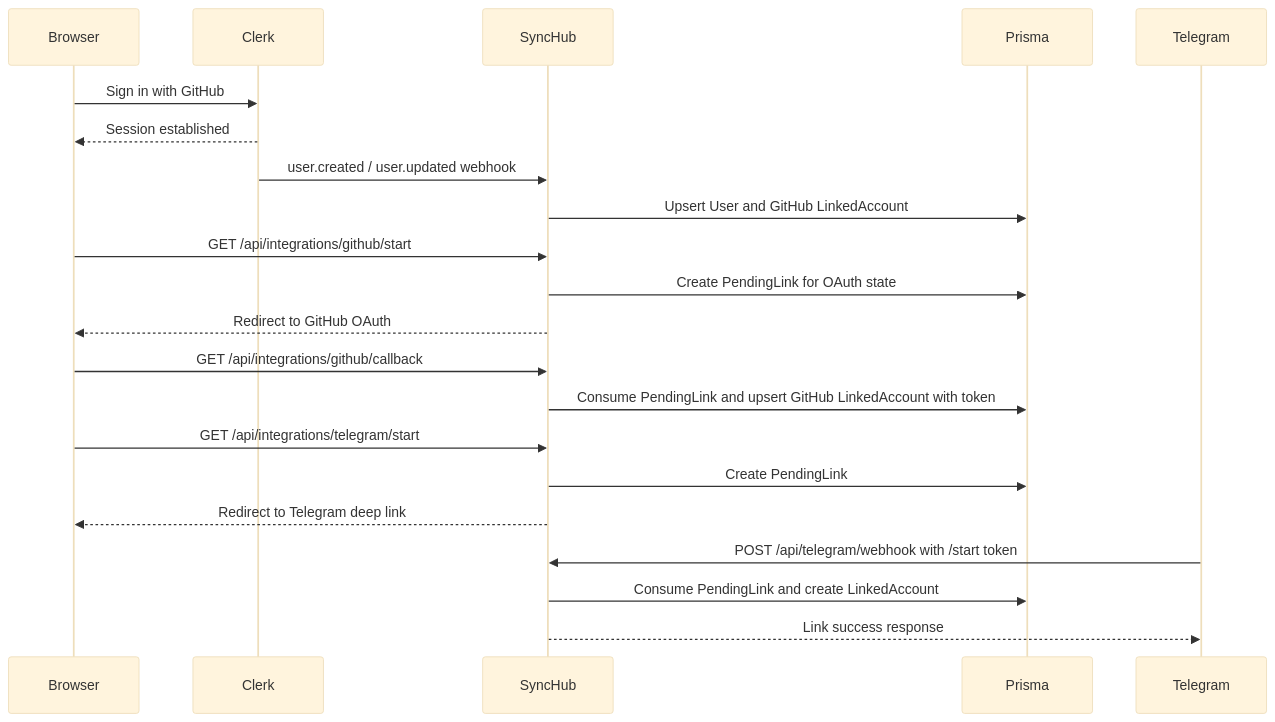
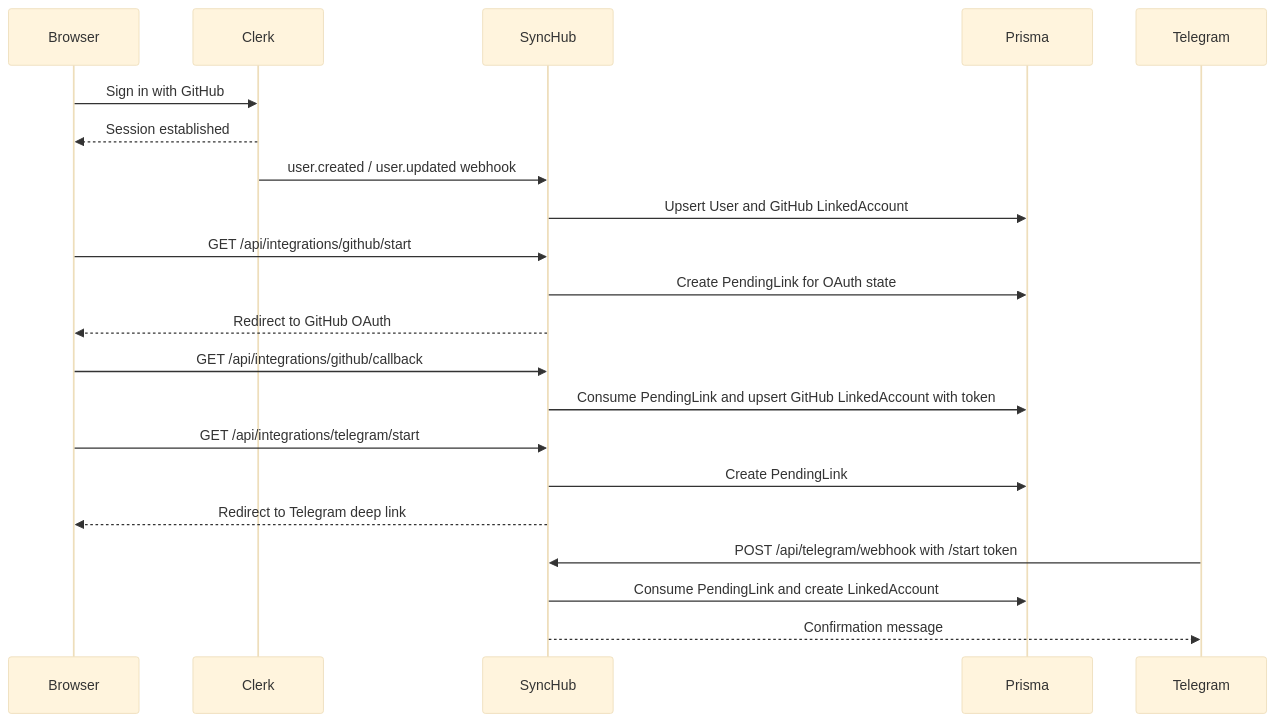
The second of 2 diagrams in docs/architecture.md (beefysalad/synchub), drawn with Mermaid (base theme) before and after one commit. The commit also changed other lines of this file and 7 other files, not shown here.

````diff
--- a/docs/architecture.md
+++ b/docs/architecture.md
@@ -116,24 +117,24 @@
 ```mermaid
 sequenceDiagram
     participant Browser
     participant Clerk
     participant SyncHub
     participant Prisma
     participant Telegram
 
     Browser->>Clerk: Sign in with GitHub
     Clerk-->>Browser: Session established
     Clerk->>SyncHub: user.created / user.updated webhook
     SyncHub->>Prisma: Upsert User and GitHub LinkedAccount
     Browser->>SyncHub: GET /api/integrations/github/start
     SyncHub->>Prisma: Create PendingLink for OAuth state
     SyncHub-->>Browser: Redirect to GitHub OAuth
     Browser->>SyncHub: GET /api/integrations/github/callback
     SyncHub->>Prisma: Consume PendingLink and upsert GitHub LinkedAccount with token
     Browser->>SyncHub: GET /api/integrations/telegram/start
     SyncHub->>Prisma: Create PendingLink
     SyncHub-->>Browser: Redirect to Telegram deep link
     Telegram->>SyncHub: POST /api/telegram/webhook with /start token
     SyncHub->>Prisma: Consume PendingLink and create LinkedAccount
-    SyncHub-->>Telegram: Link success response
+    SyncHub-->>Telegram: Confirmation message
 ```
````
